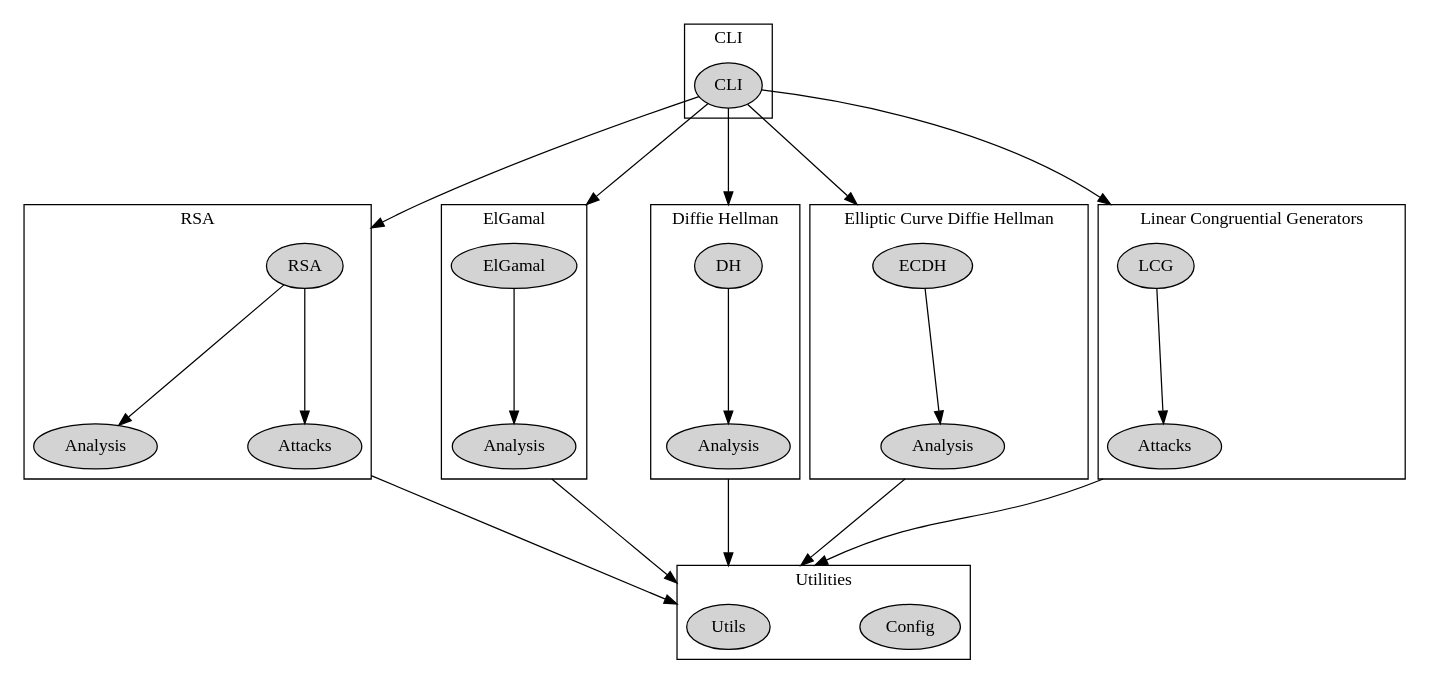
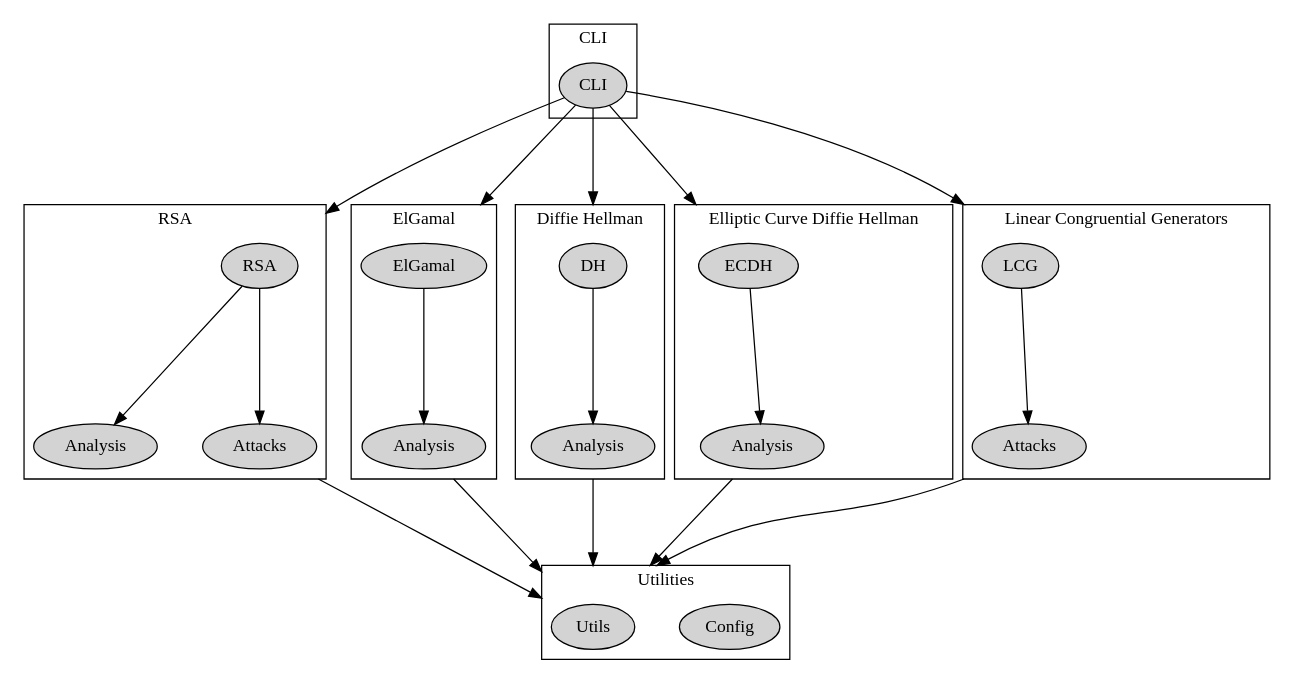
The diagram in doc/figures/architecture.dot (establishingsecurity/CAT), drawn with Graphviz before and after one commit.

Commit message:
Better layout for architecture graph

```diff
--- a/doc/figures/architecture.dot
+++ b/doc/figures/architecture.dot
@@ -1,62 +1,62 @@
 digraph G {
 	node [style=filled];
 
-    graph [nodesep="1", ranksep="1.5", compound=true];
+    graph [nodesep="0.5", ranksep="1.5", compound=true];
 	subgraph cluster_rsa {
 		rsa [label="RSA"];
 		rsaanalysis [label="Analysis"];
 		rsaattacks [label="Attacks"];
 		rsa -> rsaanalysis;
 		rsa -> rsaattacks;
 		label = "RSA";
 	}
 
 	subgraph cluster_eg {
 		eg [label="ElGamal"];
 		eganalysis [label="Analysis"];
 		eg -> eganalysis;
 		label = "ElGamal";
 	}
 	subgraph cluster_dh {
 		dh [label="DH"];
 		dhanalysis [label="Analysis"];
 		dh -> dhanalysis;
 		label = "Diffie Hellman";
 	}
 	subgraph cluster_ecdh {
 		ecdh [label="ECDH"];
 		ecdhanalysis [label="Analysis"];
 		ecdh -> ecdhanalysis;
 		label = "Elliptic Curve Diffie Hellman";
 	}
 	subgraph cluster_lcg {
 		lcg [label="LCG"];
 		lcgattacks [label="Attacks"];
 		lcg -> lcgattacks;
 		label = "Linear Congruential Generators";
 	}
 
 	subgraph cluster_util {
 		config [label = "Config"];
 		util [label = "Utils"];
 		label = "Utilities";
 	}
 
 	subgraph cluster_cli {
 		cli [label = "CLI"];
 		label = "CLI";
 
 		cli -> rsa[lhead=cluster_rsa];
 		cli -> eg[lhead=cluster_eg];
 		cli -> dh[lhead=cluster_dh];
 		cli -> ecdh[lhead=cluster_ecdh];
 		cli -> lcg[lhead=cluster_lcg];
 	}
 
 	rsaattacks -> util[lhead=cluster_util ltail=cluster_rsa];
 	/* rsaanalysis -> util[lhead=cluster_util ltail=cluster_rsa]; */
 	eganalysis -> util[lhead=cluster_util ltail=cluster_eg];
 	dhanalysis -> util[lhead=cluster_util ltail=cluster_dh];
 	ecdhanalysis -> util[lhead=cluster_util ltail=cluster_ecdh];
 	lcgattacks -> util[lhead=cluster_util ltail=cluster_lcg];
 }
```
